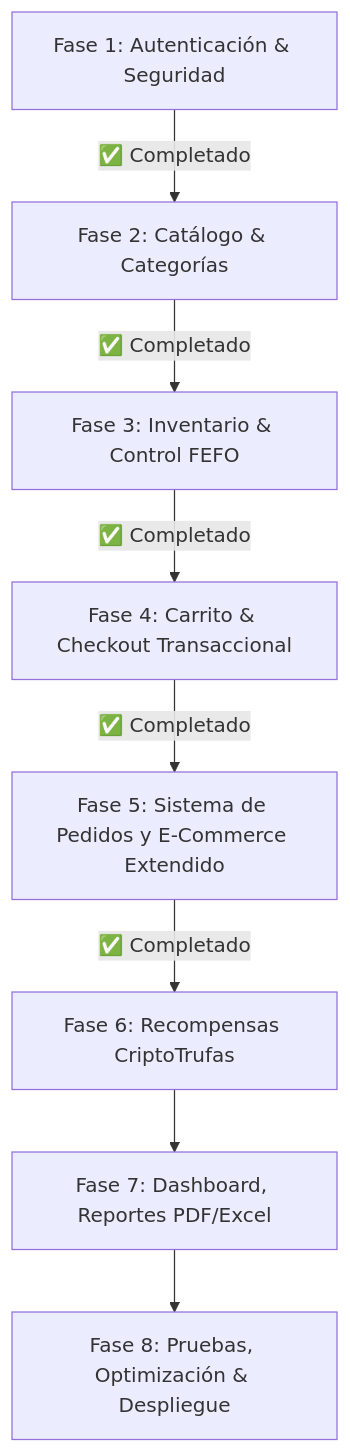
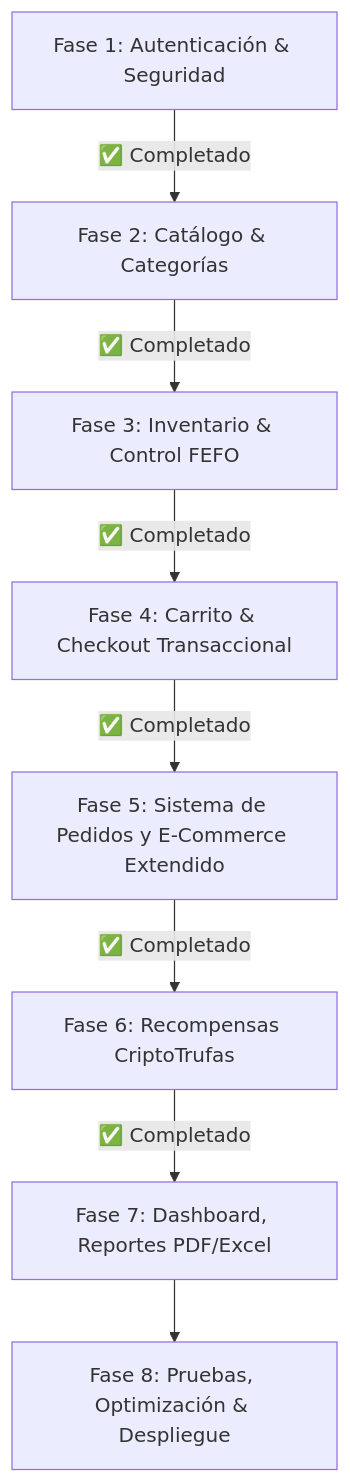
Before and after one commit to Gimms11/MitrufelyWeb: the diagram in _docs/fases/plan_fases.md, drawn with Mermaid. The commit also changed other lines of this file and 38 other files, not shown here.

````diff
--- a/_docs/fases/plan_fases.md
+++ b/_docs/fases/plan_fases.md
@@ -9,10 +9,10 @@
 ```mermaid
 graph TD
     F1[Fase 1: Autenticación & Seguridad] -->|✅ Completado| F2[Fase 2: Catálogo & Categorías]
     F2 -->|✅ Completado| F3[Fase 3: Inventario & Control FEFO]
     F3 -->|✅ Completado| F4[Fase 4: Carrito & Checkout Transaccional]
     F4 -->|✅ Completado| F5[Fase 5: Sistema de Pedidos y E-Commerce Extendido]
     F5 -->|✅ Completado| F6[Fase 6: Recompensas CriptoTrufas]
-    F6 --> F7[Fase 7: Dashboard, Reportes PDF/Excel]
+    F6 -->|✅ Completado| F7[Fase 7: Dashboard, Reportes PDF/Excel]
     F7 --> F8[Fase 8: Pruebas, Optimización & Despliegue]
 ```
````
